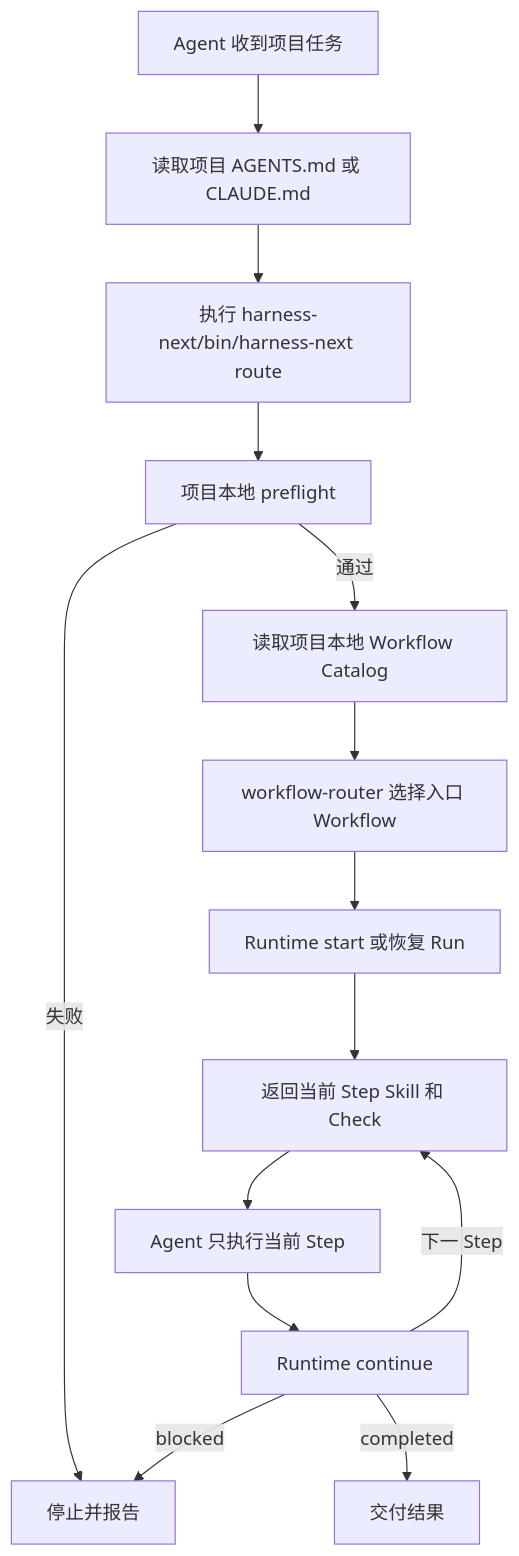
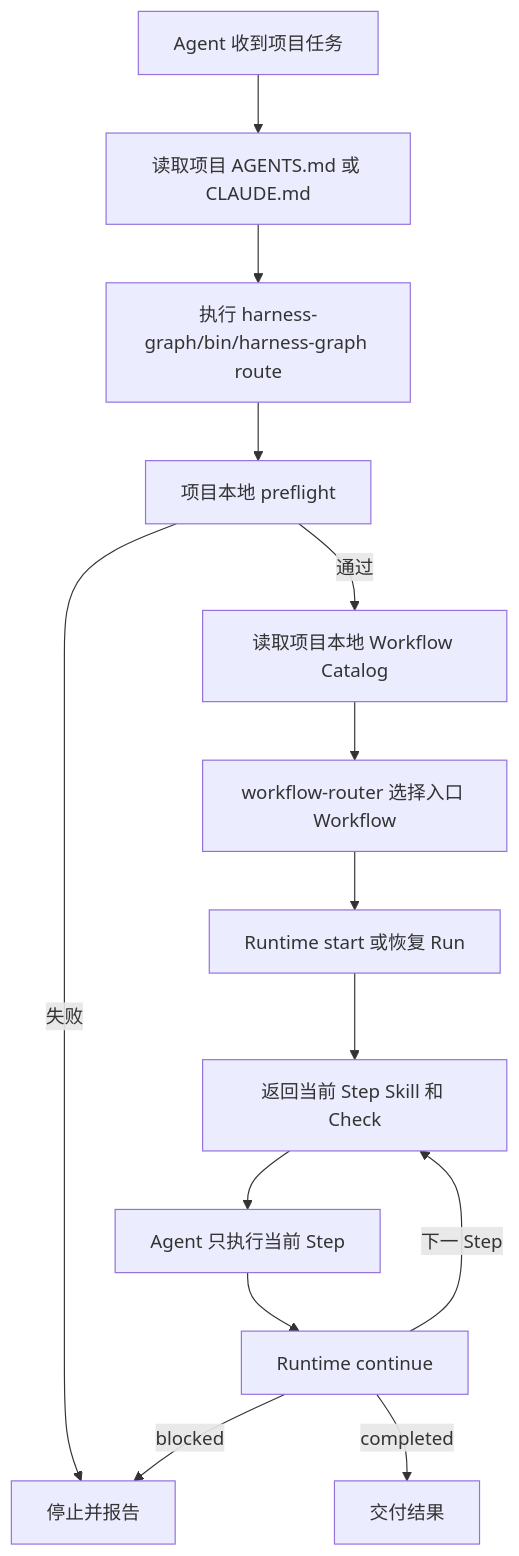
One commit to evander-wang/harness-graph changed the second of 2 diagrams in docs/superpowers/specs/2026-08-03-project-local-installation-design.md. Above: the diagram before and after it, drawn with Mermaid. The commit also changed other lines of this file and 38 other files, not shown here.

Commit message:
feat: rename project to Harness Graph

````diff
--- a/docs/superpowers/specs/2026-08-03-project-local-installation-design.md
+++ b/docs/superpowers/specs/2026-08-03-project-local-installation-design.md
@@ -656,16 +657,16 @@
 ```mermaid
 flowchart TD
     A[Agent 收到项目任务] --> B[读取项目 AGENTS.md 或 CLAUDE.md]
-    B --> C[执行 harness-next/bin/harness-next route]
+    B --> C[执行 harness-graph/bin/harness-graph route]
     C --> D[项目本地 preflight]
     D -->|失败| X[停止并报告]
     D -->|通过| E[读取项目本地 Workflow Catalog]
     E --> F[workflow-router 选择入口 Workflow]
     F --> G[Runtime start 或恢复 Run]
     G --> H[返回当前 Step Skill 和 Check]
     H --> I[Agent 只执行当前 Step]
     I --> J[Runtime continue]
     J -->|下一 Step| H
     J -->|blocked| X
     J -->|completed| K[交付结果]
 ```
````
